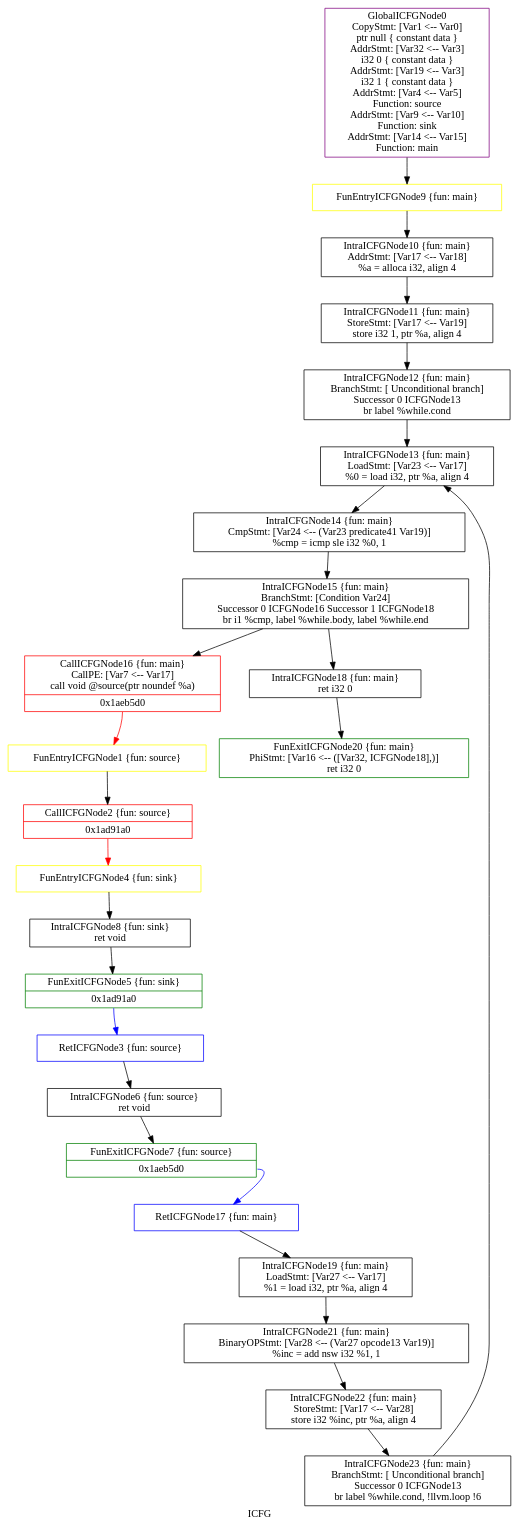
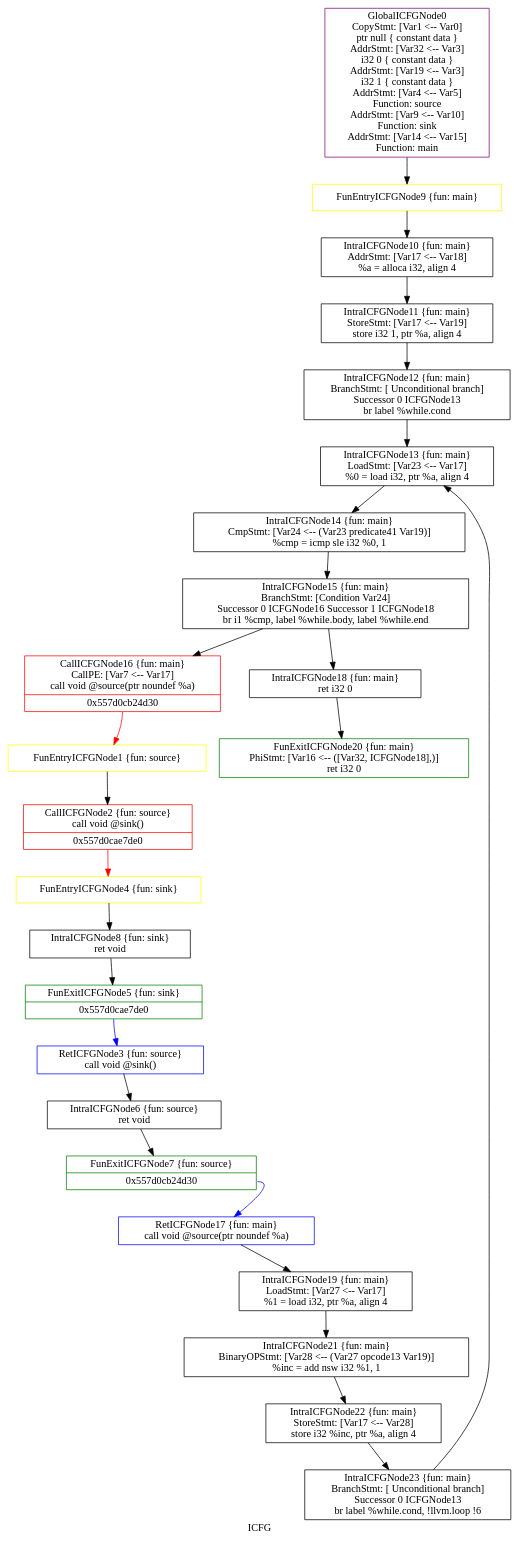
The diagram in Assignment-2/testcase/dot/test1.ll.icfg.dot (SVF-tools/Teaching-Software-Analysis), drawn with Graphviz before and after one commit. The commit also changed 5 other files, not shown here.

```diff
--- a/Assignment-2/testcase/dot/test1.ll.icfg.dot
+++ b/Assignment-2/testcase/dot/test1.ll.icfg.dot
@@ -1,52 +1,52 @@
 digraph "ICFG" {
 	label="ICFG";
 
-	Node0x1ad97f0 [shape=record,color=purple,label="{GlobalICFGNode0\nCopyStmt: [Var1 \<-- Var0]  \n ptr null \{ constant data \}\nAddrStmt: [Var32 \<-- Var3]  \n i32 0 \{ constant data \}\nAddrStmt: [Var19 \<-- Var3]  \n i32 1 \{ constant data \}\nAddrStmt: [Var4 \<-- Var5]  \nFunction: source \nAddrStmt: [Var9 \<-- Var10]  \nFunction: sink \nAddrStmt: [Var14 \<-- Var15]  \nFunction: main }"];
-	Node0x1ad97f0 -> Node0x1a52f60[style=solid];
-	Node0x1a623c0 [shape=record,color=yellow,label="{FunEntryICFGNode1 \{fun: source\}}"];
-	Node0x1a623c0 -> Node0x1a65c80[style=solid];
-	Node0x1a65c80 [shape=record,color=red,label="{CallICFGNode2 \{fun: source\}|{<s0>0x1ad91a0}}"];
-	Node0x1a65c80:s0 -> Node0x1a58b10[style=solid,color=red];
-	Node0x1a60360 [shape=record,color=blue,label="{RetICFGNode3 \{fun: source\}}"];
-	Node0x1a60360 -> Node0x1acb6c0[style=solid];
-	Node0x1a58b10 [shape=record,color=yellow,label="{FunEntryICFGNode4 \{fun: sink\}}"];
-	Node0x1a58b10 -> Node0x1aeae20[style=solid];
-	Node0x1ad9d60 [shape=record,color=green,label="{FunExitICFGNode5 \{fun: sink\}|{<s0>0x1ad91a0}}"];
-	Node0x1ad9d60:s0 -> Node0x1a60360[style=solid,color=blue];
-	Node0x1acb6c0 [shape=record,color=black,label="{IntraICFGNode6 \{fun: source\}\n   ret void }"];
-	Node0x1acb6c0 -> Node0x1aa1d20[style=solid];
-	Node0x1aa1d20 [shape=record,color=green,label="{FunExitICFGNode7 \{fun: source\}|{<s0>0x1aeb5d0}}"];
-	Node0x1aa1d20:s0 -> Node0x1a7a650[style=solid,color=blue];
-	Node0x1aeae20 [shape=record,color=black,label="{IntraICFGNode8 \{fun: sink\}\n   ret void }"];
-	Node0x1aeae20 -> Node0x1ad9d60[style=solid];
-	Node0x1a52f60 [shape=record,color=yellow,label="{FunEntryICFGNode9 \{fun: main\}}"];
-	Node0x1a52f60 -> Node0x1a9d210[style=solid];
-	Node0x1a9d210 [shape=record,color=black,label="{IntraICFGNode10 \{fun: main\}\nAddrStmt: [Var17 \<-- Var18]  \n   %a = alloca i32, align 4 }"];
-	Node0x1a9d210 -> Node0x1a70370[style=solid];
-	Node0x1a70370 [shape=record,color=black,label="{IntraICFGNode11 \{fun: main\}\nStoreStmt: [Var17 \<-- Var19]  \n   store i32 1, ptr %a, align 4 }"];
-	Node0x1a70370 -> Node0x1a56230[style=solid];
-	Node0x1a56230 [shape=record,color=black,label="{IntraICFGNode12 \{fun: main\}\nBranchStmt: [ Unconditional branch]\nSuccessor 0 ICFGNode13   \n   br label %while.cond }"];
-	Node0x1a56230 -> Node0x1a73420[style=solid];
-	Node0x1a73420 [shape=record,color=black,label="{IntraICFGNode13 \{fun: main\}\nLoadStmt: [Var23 \<-- Var17]  \n   %0 = load i32, ptr %a, align 4 }"];
-	Node0x1a73420 -> Node0x1ad4db0[style=solid];
-	Node0x1ad4db0 [shape=record,color=black,label="{IntraICFGNode14 \{fun: main\}\nCmpStmt: [Var24 \<-- (Var23 predicate41 Var19)]  \n   %cmp = icmp sle i32 %0, 1 }"];
-	Node0x1ad4db0 -> Node0x1ae28a0[style=solid];
-	Node0x1ae28a0 [shape=record,color=black,label="{IntraICFGNode15 \{fun: main\}\nBranchStmt: [Condition Var24]\nSuccessor 0 ICFGNode16   Successor 1 ICFGNode18   \n   br i1 %cmp, label %while.body, label %while.end }"];
-	Node0x1ae28a0 -> Node0x1a992d0[style=solid];
-	Node0x1ae28a0 -> Node0x1ad4010[style=solid];
-	Node0x1a992d0 [shape=record,color=red,label="{CallICFGNode16 \{fun: main\}\nCallPE: [Var7 \<-- Var17]  \n   call void @source(ptr noundef %a) |{<s0>0x1aeb5d0}}"];
-	Node0x1a992d0:s0 -> Node0x1a623c0[style=solid,color=red];
-	Node0x1a7a650 [shape=record,color=blue,label="{RetICFGNode17 \{fun: main\}}"];
-	Node0x1a7a650 -> Node0x1ae4680[style=solid];
-	Node0x1ad4010 [shape=record,color=black,label="{IntraICFGNode18 \{fun: main\}\n   ret i32 0 }"];
-	Node0x1ad4010 -> Node0x1a85d20[style=solid];
-	Node0x1ae4680 [shape=record,color=black,label="{IntraICFGNode19 \{fun: main\}\nLoadStmt: [Var27 \<-- Var17]  \n   %1 = load i32, ptr %a, align 4 }"];
-	Node0x1ae4680 -> Node0x1a85620[style=solid];
-	Node0x1a85d20 [shape=record,color=green,label="{FunExitICFGNode20 \{fun: main\}\nPhiStmt: [Var16 \<-- ([Var32, ICFGNode18],)]  \n   ret i32 0 }"];
-	Node0x1a85620 [shape=record,color=black,label="{IntraICFGNode21 \{fun: main\}\nBinaryOPStmt: [Var28 \<-- (Var27 opcode13 Var19)]  \n   %inc = add nsw i32 %1, 1 }"];
-	Node0x1a85620 -> Node0x1ae2040[style=solid];
-	Node0x1ae2040 [shape=record,color=black,label="{IntraICFGNode22 \{fun: main\}\nStoreStmt: [Var17 \<-- Var28]  \n   store i32 %inc, ptr %a, align 4 }"];
-	Node0x1ae2040 -> Node0x1a6a460[style=solid];
-	Node0x1a6a460 [shape=record,color=black,label="{IntraICFGNode23 \{fun: main\}\nBranchStmt: [ Unconditional branch]\nSuccessor 0 ICFGNode13   \n   br label %while.cond, !llvm.loop !6 }"];
-	Node0x1a6a460 -> Node0x1a73420[style=solid];
+	Node0x557d0caf48b0 [shape=record,color=purple,label="{GlobalICFGNode0\nCopyStmt: [Var1 \<-- Var0]  \n ptr null \{ constant data \}\nAddrStmt: [Var32 \<-- Var3]  \n i32 0 \{ constant data \}\nAddrStmt: [Var19 \<-- Var3]  \n i32 1 \{ constant data \}\nAddrStmt: [Var4 \<-- Var5]  \nFunction: source \nAddrStmt: [Var9 \<-- Var10]  \nFunction: sink \nAddrStmt: [Var14 \<-- Var15]  \nFunction: main }"];
+	Node0x557d0caf48b0 -> Node0x557d0cad53d0[style=solid];
+	Node0x557d0cae4520 [shape=record,color=yellow,label="{FunEntryICFGNode1 \{fun: source\}}"];
+	Node0x557d0cae4520 -> Node0x557d0cae7de0[style=solid];
+	Node0x557d0cae7de0 [shape=record,color=red,label="{CallICFGNode2 \{fun: source\}\n   call void @sink() |{<s0>0x557d0cae7de0}}"];
+	Node0x557d0cae7de0:s0 -> Node0x557d0cadab90[style=solid,color=red];
+	Node0x557d0cae24c0 [shape=record,color=blue,label="{RetICFGNode3 \{fun: source\}\n   call void @sink() }"];
+	Node0x557d0cae24c0 -> Node0x557d0cb5be60[style=solid];
+	Node0x557d0cadab90 [shape=record,color=yellow,label="{FunEntryICFGNode4 \{fun: sink\}}"];
+	Node0x557d0cadab90 -> Node0x557d0cb4d7c0[style=solid];
+	Node0x557d0cb5bab0 [shape=record,color=green,label="{FunExitICFGNode5 \{fun: sink\}|{<s0>0x557d0cae7de0}}"];
+	Node0x557d0cb5bab0:s0 -> Node0x557d0cae24c0[style=solid,color=blue];
+	Node0x557d0cb5be60 [shape=record,color=black,label="{IntraICFGNode6 \{fun: source\}\n   ret void }"];
+	Node0x557d0cb5be60 -> Node0x557d0cb23ea0[style=solid];
+	Node0x557d0cb23ea0 [shape=record,color=green,label="{FunExitICFGNode7 \{fun: source\}|{<s0>0x557d0cb24d30}}"];
+	Node0x557d0cb23ea0:s0 -> Node0x557d0cae80c0[style=solid,color=blue];
+	Node0x557d0cb4d7c0 [shape=record,color=black,label="{IntraICFGNode8 \{fun: sink\}\n   ret void }"];
+	Node0x557d0cb4d7c0 -> Node0x557d0cb5bab0[style=solid];
+	Node0x557d0cad53d0 [shape=record,color=yellow,label="{FunEntryICFGNode9 \{fun: main\}}"];
+	Node0x557d0cad53d0 -> Node0x557d0cb6d9e0[style=solid];
+	Node0x557d0cb6d9e0 [shape=record,color=black,label="{IntraICFGNode10 \{fun: main\}\nAddrStmt: [Var17 \<-- Var18]  \n   %a = alloca i32, align 4 }"];
+	Node0x557d0cb6d9e0 -> Node0x557d0cb6d6d0[style=solid];
+	Node0x557d0cb6d6d0 [shape=record,color=black,label="{IntraICFGNode11 \{fun: main\}\nStoreStmt: [Var17 \<-- Var19]  \n   store i32 1, ptr %a, align 4 }"];
+	Node0x557d0cb6d6d0 -> Node0x557d0cb5b2a0[style=solid];
+	Node0x557d0cb5b2a0 [shape=record,color=black,label="{IntraICFGNode12 \{fun: main\}\nBranchStmt: [ Unconditional branch]\nSuccessor 0 ICFGNode13   \n   br label %while.cond }"];
+	Node0x557d0cb5b2a0 -> Node0x557d0cb3d4a0[style=solid];
+	Node0x557d0cb3d4a0 [shape=record,color=black,label="{IntraICFGNode13 \{fun: main\}\nLoadStmt: [Var23 \<-- Var17]  \n   %0 = load i32, ptr %a, align 4 }"];
+	Node0x557d0cb3d4a0 -> Node0x557d0caff780[style=solid];
+	Node0x557d0caff780 [shape=record,color=black,label="{IntraICFGNode14 \{fun: main\}\nCmpStmt: [Var24 \<-- (Var23 predicate41 Var19)]  \n   %cmp = icmp sle i32 %0, 1 }"];
+	Node0x557d0caff780 -> Node0x557d0cafa290[style=solid];
+	Node0x557d0cafa290 [shape=record,color=black,label="{IntraICFGNode15 \{fun: main\}\nBranchStmt: [Condition Var24]\nSuccessor 0 ICFGNode16   Successor 1 ICFGNode18   \n   br i1 %cmp, label %while.body, label %while.end }"];
+	Node0x557d0cafa290 -> Node0x557d0cb24d30[style=solid];
+	Node0x557d0cafa290 -> Node0x557d0cb44070[style=solid];
+	Node0x557d0cb24d30 [shape=record,color=red,label="{CallICFGNode16 \{fun: main\}\nCallPE: [Var7 \<-- Var17]  \n   call void @source(ptr noundef %a) |{<s0>0x557d0cb24d30}}"];
+	Node0x557d0cb24d30:s0 -> Node0x557d0cae4520[style=solid,color=red];
+	Node0x557d0cae80c0 [shape=record,color=blue,label="{RetICFGNode17 \{fun: main\}\n   call void @source(ptr noundef %a) }"];
+	Node0x557d0cae80c0 -> Node0x557d0cb69c80[style=solid];
+	Node0x557d0cb44070 [shape=record,color=black,label="{IntraICFGNode18 \{fun: main\}\n   ret i32 0 }"];
+	Node0x557d0cb44070 -> Node0x557d0cb013e0[style=solid];
+	Node0x557d0cb69c80 [shape=record,color=black,label="{IntraICFGNode19 \{fun: main\}\nLoadStmt: [Var27 \<-- Var17]  \n   %1 = load i32, ptr %a, align 4 }"];
+	Node0x557d0cb69c80 -> Node0x557d0cb24bb0[style=solid];
+	Node0x557d0cb013e0 [shape=record,color=green,label="{FunExitICFGNode20 \{fun: main\}\nPhiStmt: [Var16 \<-- ([Var32, ICFGNode18],)]  \n   ret i32 0 }"];
+	Node0x557d0cb24bb0 [shape=record,color=black,label="{IntraICFGNode21 \{fun: main\}\nBinaryOPStmt: [Var28 \<-- (Var27 opcode13 Var19)]  \n   %inc = add nsw i32 %1, 1 }"];
+	Node0x557d0cb24bb0 -> Node0x557d0cb711f0[style=solid];
+	Node0x557d0cb711f0 [shape=record,color=black,label="{IntraICFGNode22 \{fun: main\}\nStoreStmt: [Var17 \<-- Var28]  \n   store i32 %inc, ptr %a, align 4 }"];
+	Node0x557d0cb711f0 -> Node0x557d0cb6d390[style=solid];
+	Node0x557d0cb6d390 [shape=record,color=black,label="{IntraICFGNode23 \{fun: main\}\nBranchStmt: [ Unconditional branch]\nSuccessor 0 ICFGNode13   \n   br label %while.cond, !llvm.loop !6 }"];
+	Node0x557d0cb6d390 -> Node0x557d0cb3d4a0[style=solid];
 }
```
